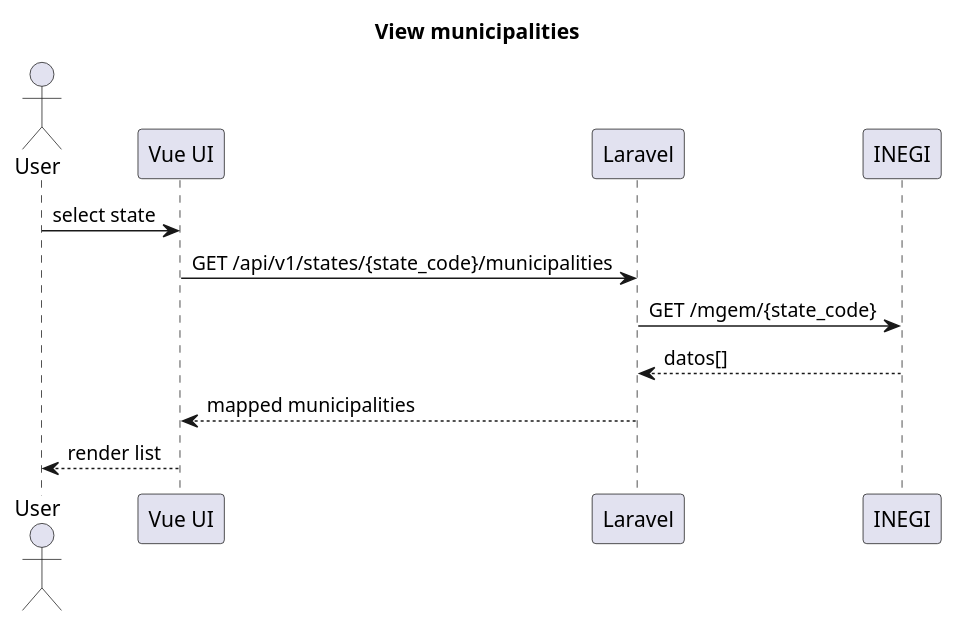
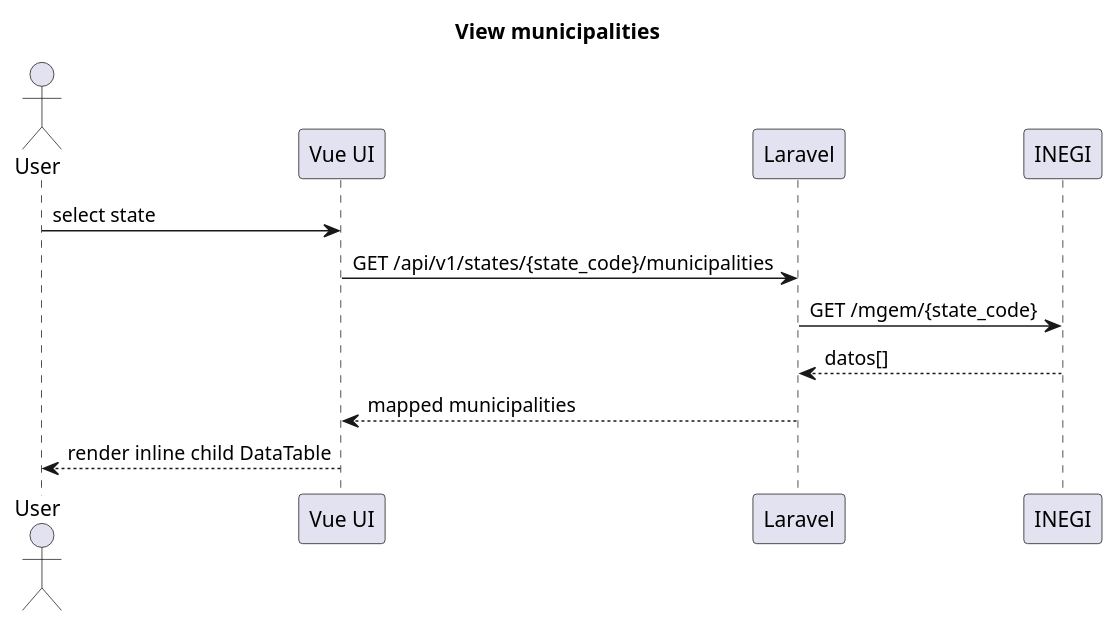
The fourth of 4 diagrams in docs/architecture.md (gdpe-franco/geostatistical-keys), drawn with PlantUML before and after one commit. The commit also changed 3 other files, not shown here.

````diff
--- a/docs/architecture.md
+++ b/docs/architecture.md
@@ -67,16 +67,16 @@
 ```plantuml
 @startuml
 title View municipalities
 actor User
 participant "Vue UI" as ui
 participant "Laravel" as app
 participant "INEGI" as inegi
 
 User -> ui : select state
 ui -> app : GET /api/v1/states/{state_code}/municipalities
 app -> inegi : GET /mgem/{state_code}
 inegi --> app : datos[]
 app --> ui : mapped municipalities
-ui --> User : render list
+ui --> User : render inline child DataTable
 @enduml
 ```
````
